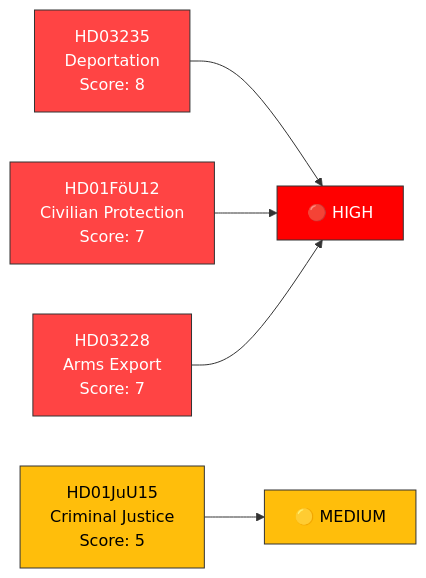
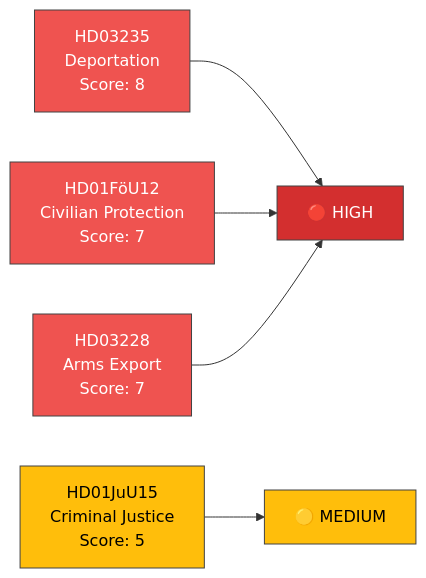
Before and after one commit to Hack23/riksdagsmonitor: the diagram in analysis/daily/2026-04-02/realtime-1024/significance-scoring.md, drawn with Mermaid. The commit also changed 785 other files, not shown here.

First line of the commit message:
Normalize mermaid colors across 786 analysis artifacts to ISMS Style Guide palette

````diff
--- a/analysis/daily/2026-04-02/realtime-1024/significance-scoring.md
+++ b/analysis/daily/2026-04-02/realtime-1024/significance-scoring.md
@@ -19,14 +19,14 @@
 ```mermaid
 graph LR
     A["HD03235<br/>Deportation<br/>Score: 8"] --> T1["🔴 HIGH"]
     B["HD01FöU12<br/>Civilian Protection<br/>Score: 7"] --> T1
     C["HD03228<br/>Arms Export<br/>Score: 7"] --> T1
     D["HD01JuU15<br/>Criminal Justice<br/>Score: 5"] --> T2["🟡 MEDIUM"]
     
-    style A fill:#ff4444,stroke:#333,color:#fff
-    style B fill:#ff4444,stroke:#333,color:#fff
-    style C fill:#ff4444,stroke:#333,color:#fff
-    style D fill:#ffbe0b,stroke:#333,color:#000
-    style T1 fill:#ff0000,stroke:#333,color:#fff
-    style T2 fill:#ffbe0b,stroke:#333,color:#000
+    style A fill:#EF5350,stroke:#424242,color:#FFFFFF
+    style B fill:#EF5350,stroke:#424242,color:#FFFFFF
+    style C fill:#EF5350,stroke:#424242,color:#FFFFFF
+    style D fill:#ffbe0b,stroke:#424242,color:#000000
+    style T1 fill:#D32F2F,stroke:#424242,color:#FFFFFF
+    style T2 fill:#ffbe0b,stroke:#424242,color:#000000
 ```
````
